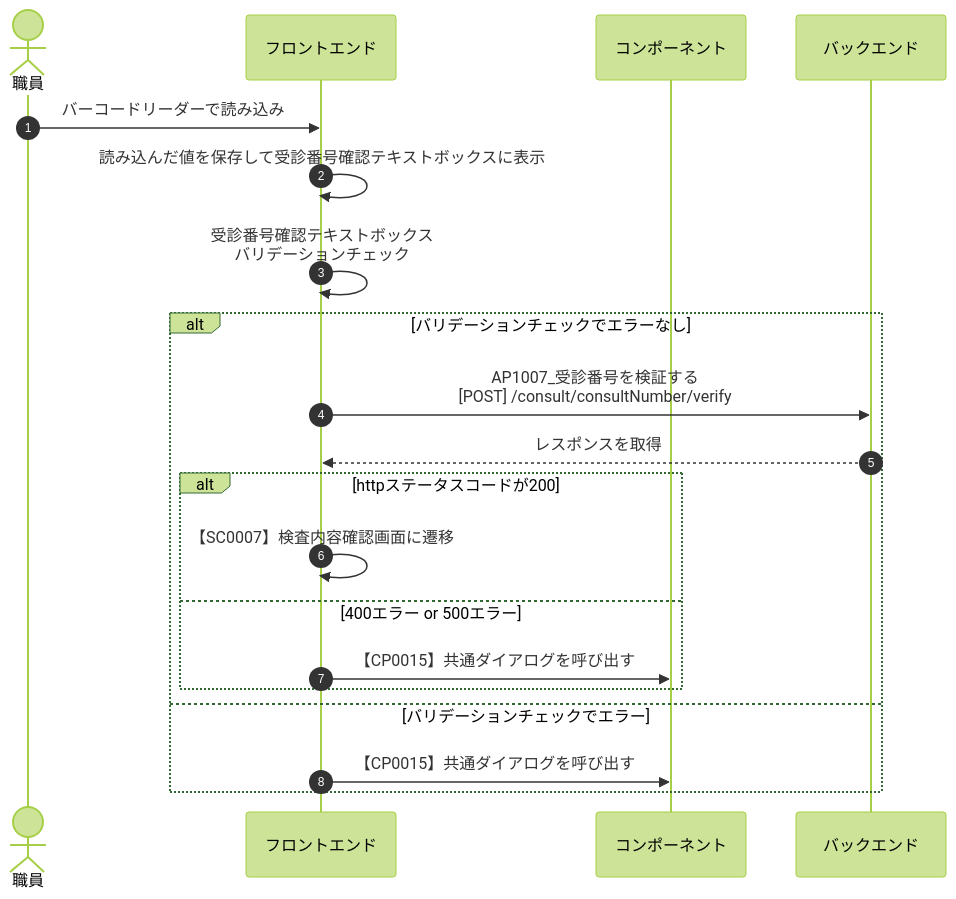
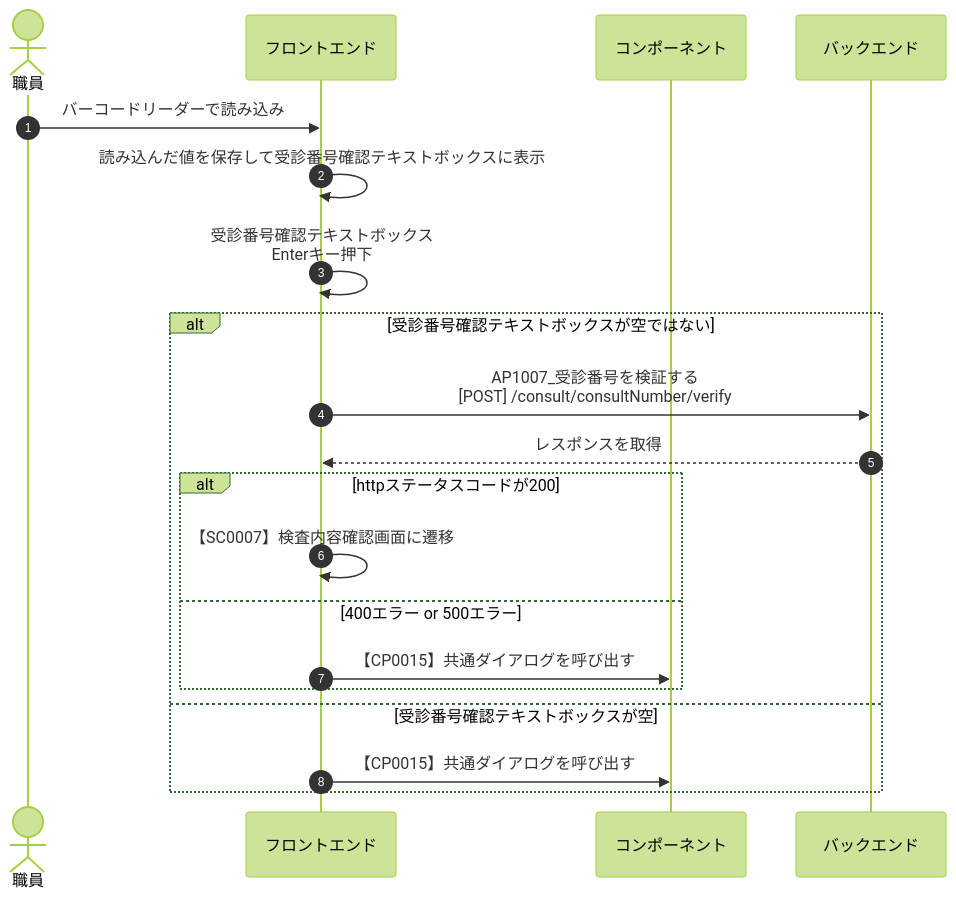
Before and after one commit to MrWangpeilin945/FlutterIOS: the diagram in Documents/UI設計書/src/docs/画面/SC0006_受診番号入力画面/SC0006-バーコードリーダー読み込み.mmd, drawn with Mermaid. The commit also changed 1 other file, not shown here.

Commit message:
受診番号入力画面の仕様変更に伴って、シーケンス図を修正しました。 また不要になった、受診番号テキストボックス押下のシーケンス図を削除しました。

```diff
--- a/Documents/UI設計書/src/docs/画面/SC0006_受診番号入力画面/SC0006-バーコードリーダー読み込み.mmd
+++ b/Documents/UI設計書/src/docs/画面/SC0006_受診番号入力画面/SC0006-バーコードリーダー読み込み.mmd
@@ -1,24 +1,24 @@
 ---
 config:
   theme: forest
 ---
 sequenceDiagram
 autonumber
   actor User as 職員
   participant FE as フロントエンド
   participant KN as コンポーネント 
   participant BE as バックエンド   
   User->>FE:バーコードリーダーで読み込み
   FE->>FE:読み込んだ値を保存して受診番号確認テキストボックスに表示
-  FE->>FE:受診番号確認テキストボックス<br>バリデーションチェック
-  alt バリデーションチェックでエラーなし
+  FE->>FE:受診番号確認テキストボックス<br>Enterキー押下
+  alt 受診番号確認テキストボックスが空ではない
   FE->>BE:AP1007_受診番号を検証する<br>[POST] /consult/consultNumber/verify
   BE-->>FE:レスポンスを取得
   alt httpステータスコードが200
   FE->>FE:【SC0007】検査内容確認画面に遷移
   else 400エラー or 500エラー
   FE->>KN:【CP0015】共通ダイアログを呼び出す
   end
-  else バリデーションチェックでエラー
-  FE->>KN:【CP0015】共通ダイアログを呼び出す
+  else 受診番号確認テキストボックスが空
+  FE ->>KN: 【CP0015】共通ダイアログを呼び出す
   end
```
